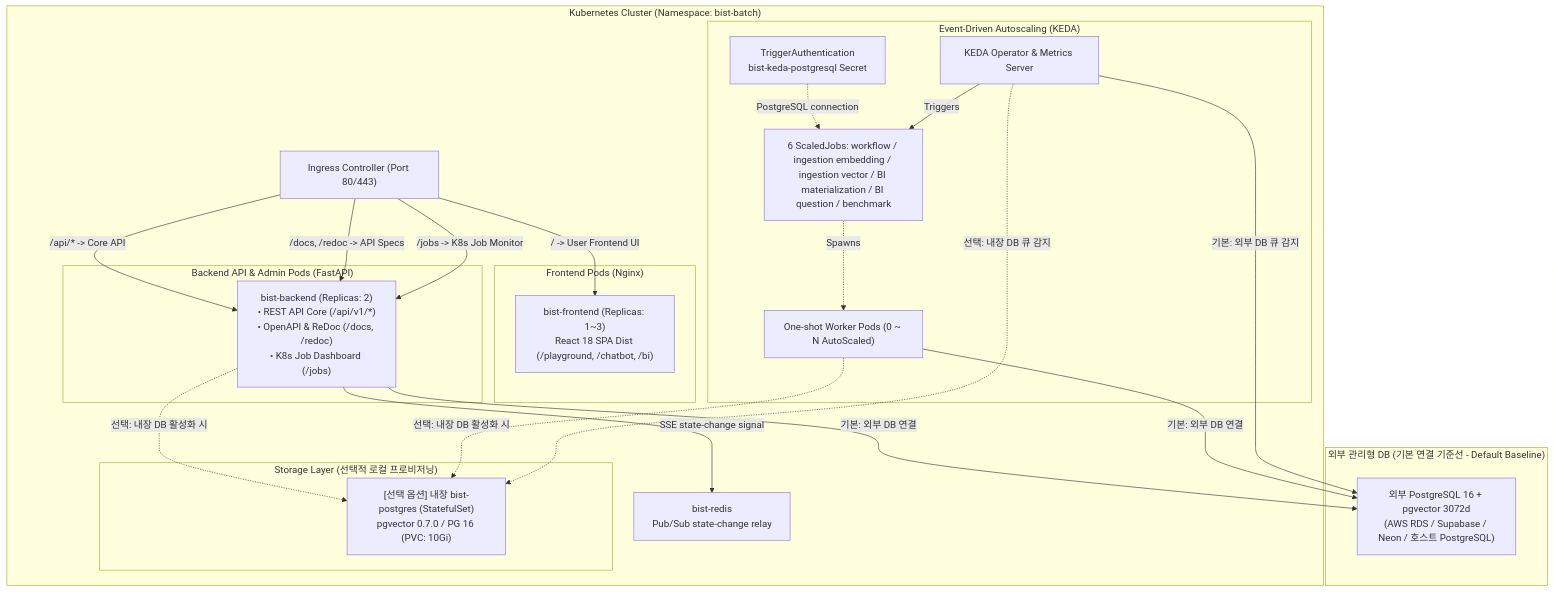
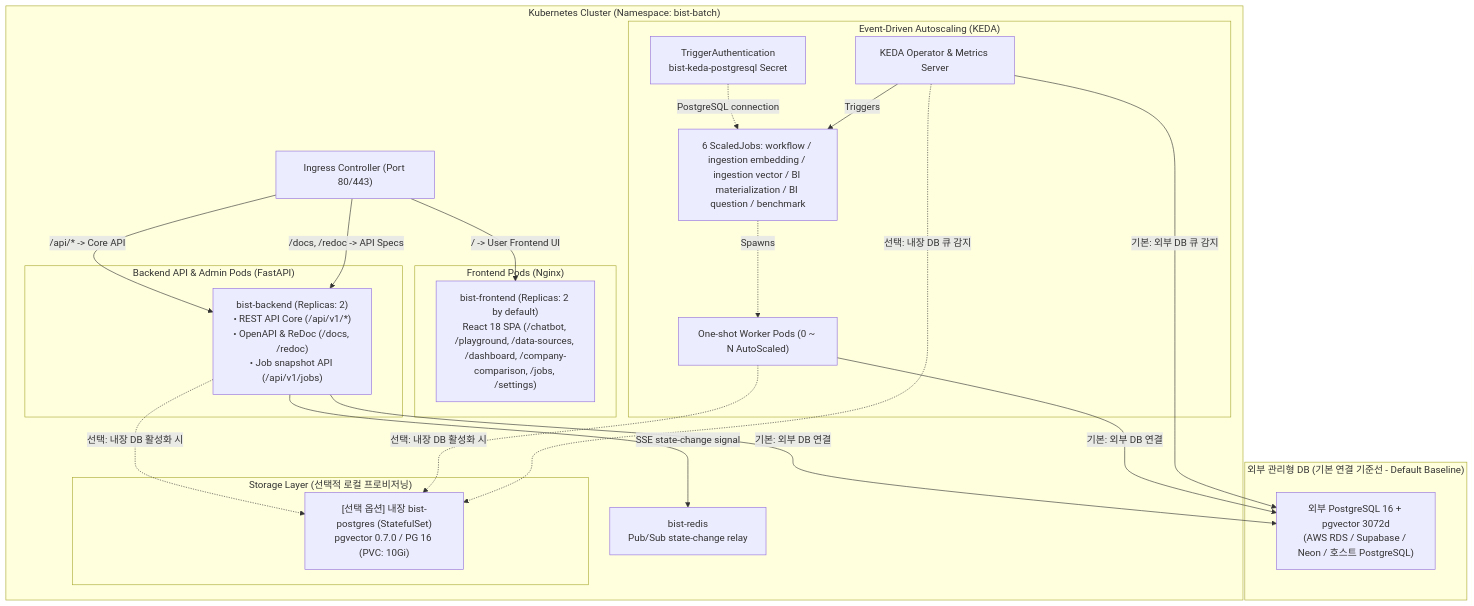
Before and after one commit to bist-mini-final/bist-mini-final: the first of 3 diagrams in docs/blueprints/01_system_blueprints/BP-104_deployment_and_infra_topology.md, drawn with Mermaid. The commit also changed other lines of this file and 25 other files, not shown here.

Commit message:
docs: synchronize completed architecture blueprints

````diff
--- a/docs/blueprints/01_system_blueprints/BP-104_deployment_and_infra_topology.md
+++ b/docs/blueprints/01_system_blueprints/BP-104_deployment_and_infra_topology.md
@@ -12,47 +12,46 @@
 ```mermaid
 graph TB
     subgraph ExternalDBGroup ["외부 관리형 DB (기본 연결 기준선 - Default Baseline)"]
         PG_EXTERNAL["외부 PostgreSQL 16 + pgvector 3072d<br>(AWS RDS / Supabase / Neon / 호스트 PostgreSQL)"]
     end
 
     subgraph K8sCluster ["Kubernetes Cluster (Namespace: bist-batch)"]
         INGRESS["Ingress Controller (Port 80/443)"]
 
         subgraph FrontendGroup ["Frontend Pods (Nginx)"]
-            FE["bist-frontend (Replicas: 1~3)<br>React 18 SPA Dist (/playground, /chatbot, /bi)"]
+            FE["bist-frontend (Replicas: 2 by default)<br>React 18 SPA (/chatbot, /playground, /data-sources, /dashboard, /company-comparison, /jobs, /settings)"]
         end
 
         subgraph BackendGroup ["Backend API & Admin Pods (FastAPI)"]
-            BE["bist-backend (Replicas: 2)<br>• REST API Core (/api/v1/*)<br>• OpenAPI & ReDoc (/docs, /redoc)<br>• K8s Job Dashboard (/jobs)"]
+            BE["bist-backend (Replicas: 2)<br>• REST API Core (/api/v1/*)<br>• OpenAPI & ReDoc (/docs, /redoc)<br>• Job snapshot API (/api/v1/jobs)"]
         end
 
         REDIS["bist-redis<br>Pub/Sub state-change relay"]
 
         subgraph OptionalStorageGroup ["Storage Layer (선택적 로컬 프로비저닝)"]
             PG_INTERNAL["[선택 옵션] 내장 bist-postgres (StatefulSet)<br>pgvector 0.7.0 / PG 16 (PVC: 10Gi)"]
         end
 
         subgraph KedaGroup ["Event-Driven Autoscaling (KEDA)"]
             KEDA_OP["KEDA Operator & Metrics Server"]
             SCALED_JOB["6 ScaledJobs: workflow / ingestion embedding / ingestion vector / BI materialization / BI question / benchmark"]
             AUTH["TriggerAuthentication<br>bist-keda-postgresql Secret"]
             WORKER_PODS["One-shot Worker Pods (0 ~ N AutoScaled)"]
             SCALED_JOB -.->|Spawns| WORKER_PODS
             AUTH -.->|PostgreSQL connection| SCALED_JOB
         end
     end
 
     INGRESS -->|/ -> User Frontend UI| FE
     INGRESS -->|/api/* -> Core API| BE
     INGRESS -->|/docs, /redoc -> API Specs| BE
-    INGRESS -->|/jobs -> K8s Job Monitor| BE
 
     BE -->|기본: 외부 DB 연결| PG_EXTERNAL
     BE -->|SSE state-change signal| REDIS
     BE -.->|선택: 내장 DB 활성화 시| PG_INTERNAL
     WORKER_PODS -->|기본: 외부 DB 연결| PG_EXTERNAL
     WORKER_PODS -.->|선택: 내장 DB 활성화 시| PG_INTERNAL
     KEDA_OP -->|기본: 외부 DB 큐 감지| PG_EXTERNAL
     KEDA_OP -.->|선택: 내장 DB 큐 감지| PG_INTERNAL
     KEDA_OP -->|Triggers| SCALED_JOB
 ```
````
